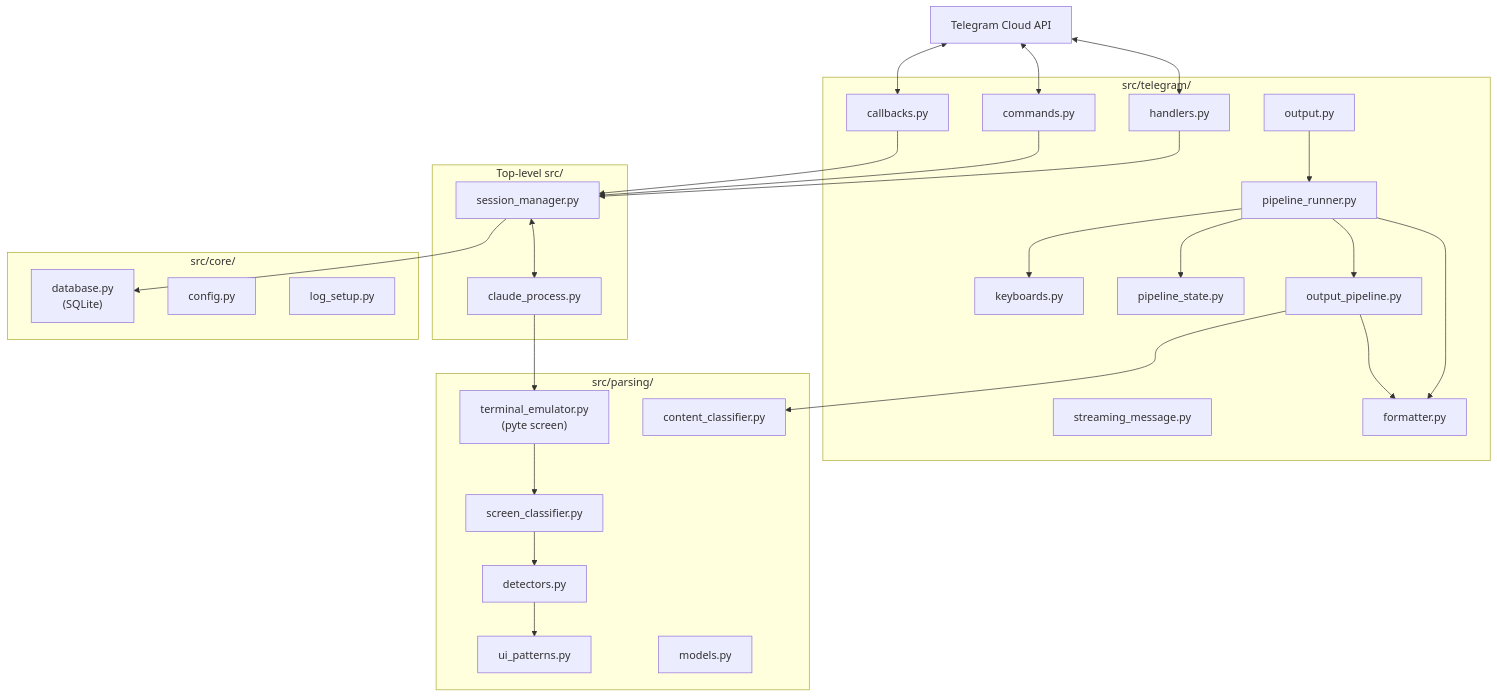
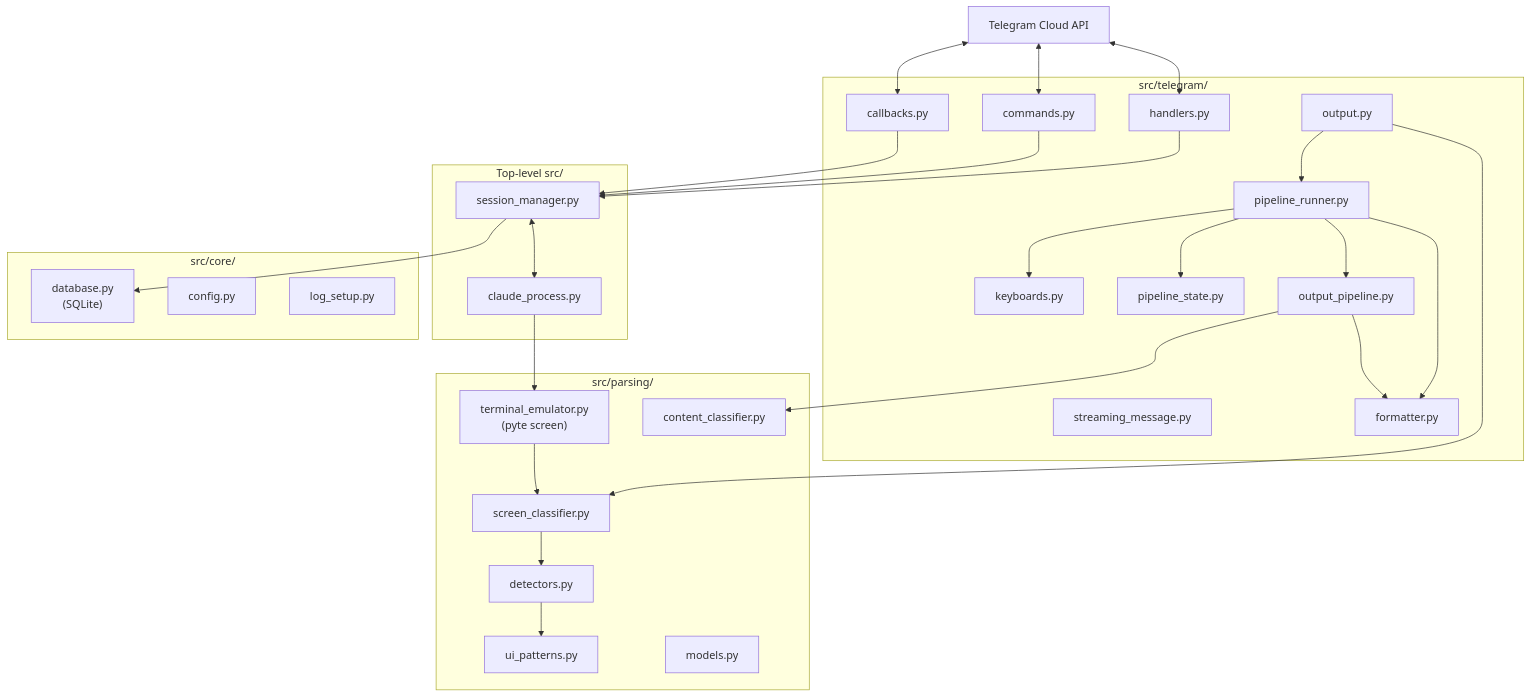
Before and after one commit to LounisBou/claude-code-telegram-instances-manager: the first of 5 diagrams in docs/architecture.md, drawn with Mermaid. The commit also changed other lines of this file and 11 other files, not shown here.

````diff
--- a/docs/architecture.md
+++ b/docs/architecture.md
@@ -5,57 +5,58 @@
 ```mermaid
 graph TB
     TG["Telegram Cloud API"]
 
     subgraph "src/telegram/"
         H["handlers.py"]
         CB["callbacks.py"]
         CMD["commands.py"]
         KB["keyboards.py"]
         OUT["output.py"]
         PR["pipeline_runner.py"]
         PS["pipeline_state.py"]
         OP["output_pipeline.py"]
         STR["streaming_message.py"]
         FMT["formatter.py"]
     end
 
     subgraph "Top-level src/"
         SM["session_manager.py"]
         CP["claude_process.py"]
     end
 
     subgraph "src/parsing/"
         TE["terminal_emulator.py<br/>(pyte screen)"]
         SC["screen_classifier.py"]
         DET["detectors.py"]
         UP["ui_patterns.py"]
         CC["content_classifier.py"]
         MOD["models.py"]
     end
 
     subgraph "src/core/"
         DB["database.py<br/>(SQLite)"]
         CFG["config.py"]
         LOG["log_setup.py"]
     end
 
     TG <--> H
     TG <--> CB
     TG <--> CMD
     H --> SM
     CMD --> SM
     CB --> SM
     OUT --> PR
+    OUT --> SC
     PR --> PS
     PR --> OP
     PR --> FMT
     PR --> KB
     OP --> CC
     OP --> FMT
     SM <--> CP
     SM --> DB
     CP --> TE
     TE --> SC
     SC --> DET
     DET --> UP
 ```
````
